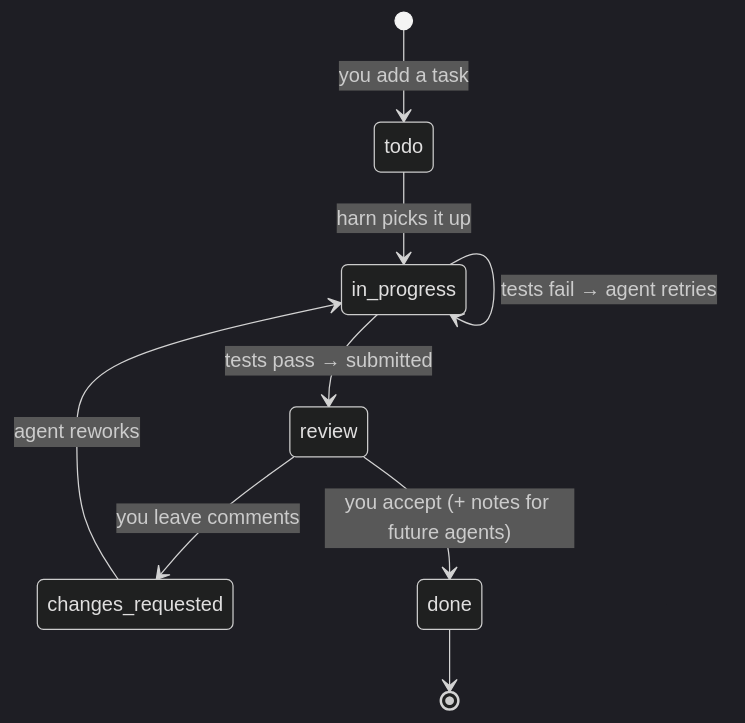
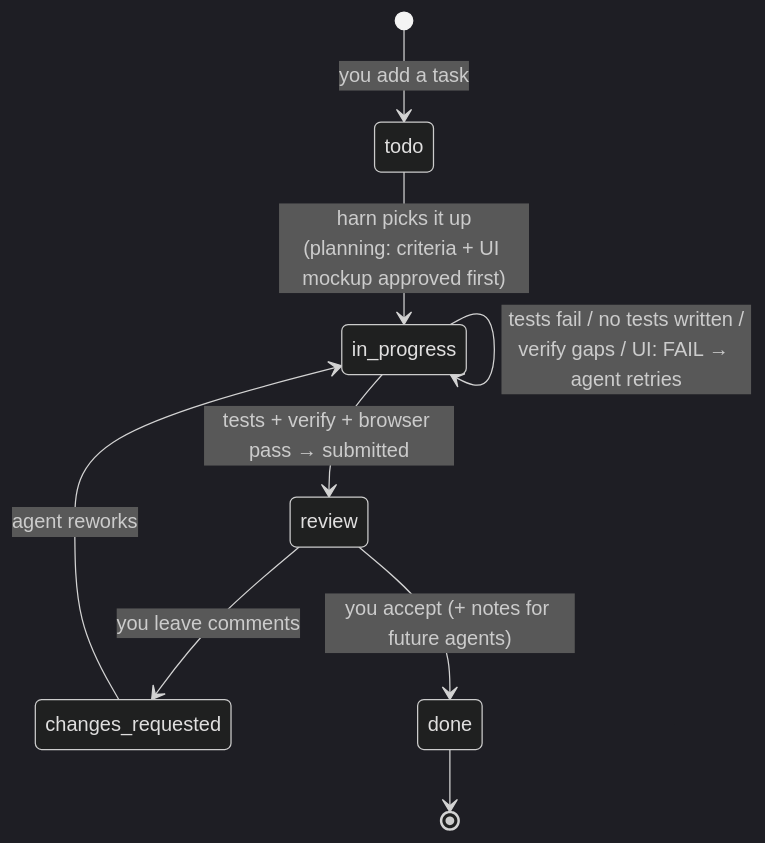
One commit to bes-man/harn changed the first of 2 diagrams in FLOW.md. Above: the diagram before and after it, drawn with Mermaid (dark theme). The commit also changed other lines of this file and 15 other files, not shown here.

````diff
--- a/FLOW.md
+++ b/FLOW.md
@@ -13,11 +13,11 @@
 ```mermaid
 stateDiagram-v2
     [*] --> todo: you add a task
-    todo --> in_progress: harn picks it up
-    in_progress --> in_progress: tests fail → agent retries
-    in_progress --> review: tests pass → submitted
+    todo --> in_progress: harn picks it up<br/>(planning: criteria + UI mockup approved first)
+    in_progress --> in_progress: tests fail / no tests written /<br/>verify gaps / UI: FAIL → agent retries
+    in_progress --> review: tests + verify + browser pass → submitted
     review --> changes_requested: you leave comments
     changes_requested --> in_progress: agent reworks
     review --> done: you accept (+ notes for future agents)
     done --> [*]
 ```
````
